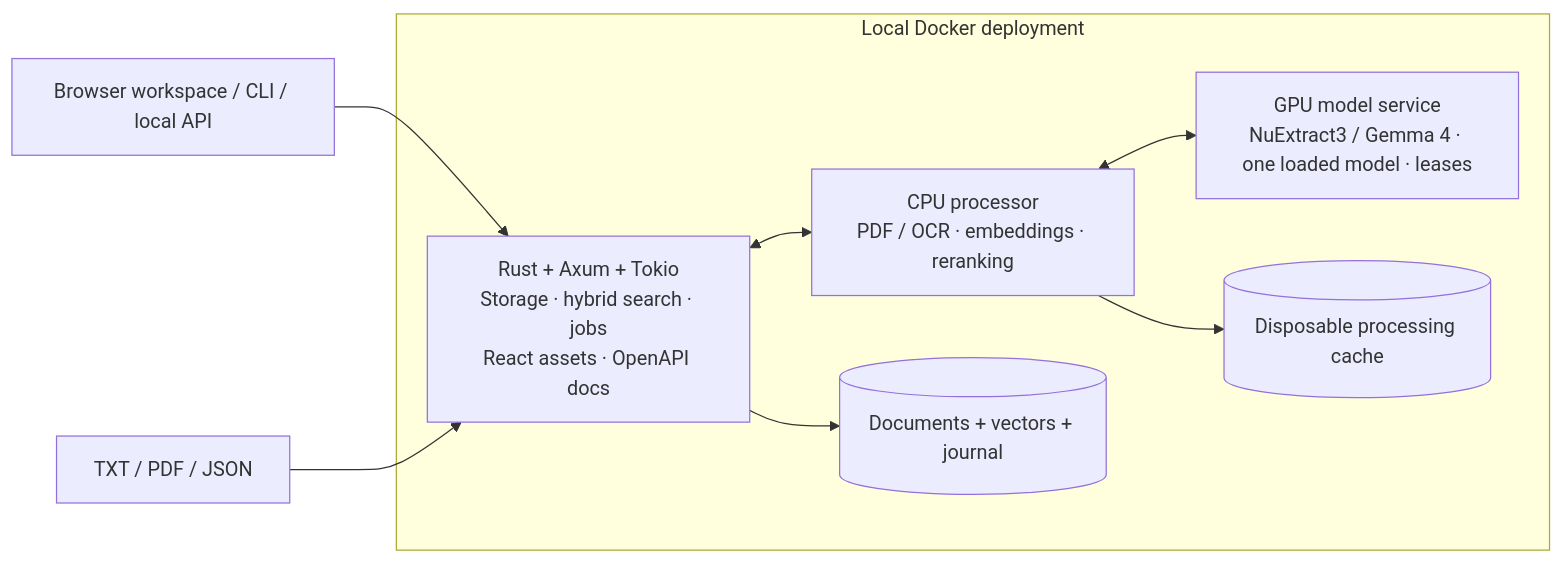
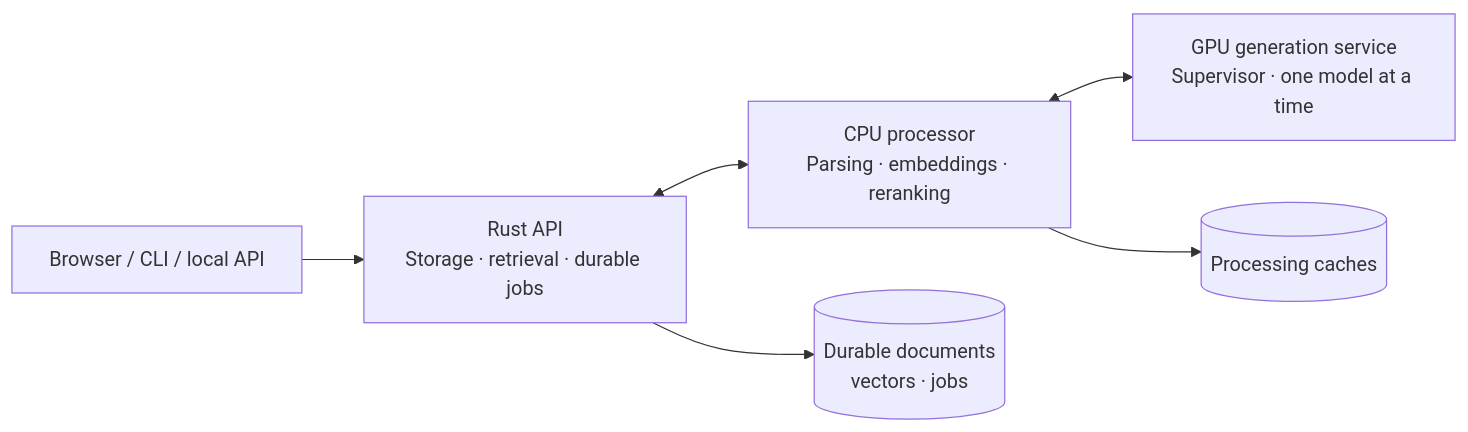
One commit to dpittaluga76/VectorNext changed the diagram in README.md. Above: the diagram before and after it, drawn with Mermaid. The commit also changed other lines of this file and 2 other files, not shown here.

````diff
--- a/README.md
+++ b/README.md
@@ -82,17 +143,8 @@
 ```mermaid
 flowchart LR
-    Client["Browser workspace / CLI / local API"] --> Core
-    Files["TXT / PDF / JSON"] --> Core
-
-    subgraph Local["Local Docker deployment"]
-        Core["Rust + Axum + Tokio<br/>Storage · hybrid search · jobs<br/>React assets · OpenAPI docs"]
-        CPU["CPU processor<br/>PDF / OCR · embeddings · reranking"]
-        GPU["GPU model service<br/>NuExtract3 / Gemma 4 · one loaded model · leases"]
-        Data[("Documents + vectors + journal")]
-        Cache[("Disposable processing cache")]
-        Core <--> CPU
-        CPU <--> GPU
-        Core --> Data
-        CPU --> Cache
-    end
+    Client["Browser / CLI / local API"] --> API["Rust API<br/>Storage · retrieval · durable jobs"]
+    API <--> CPU["CPU processor<br/>Parsing · embeddings · reranking"]
+    CPU <--> GPU["GPU generation service<br/>Supervisor · one model at a time"]
+    API --> Data[("Durable documents<br/>vectors · jobs")]
+    CPU --> Cache[("Processing caches")]
 ```
````
